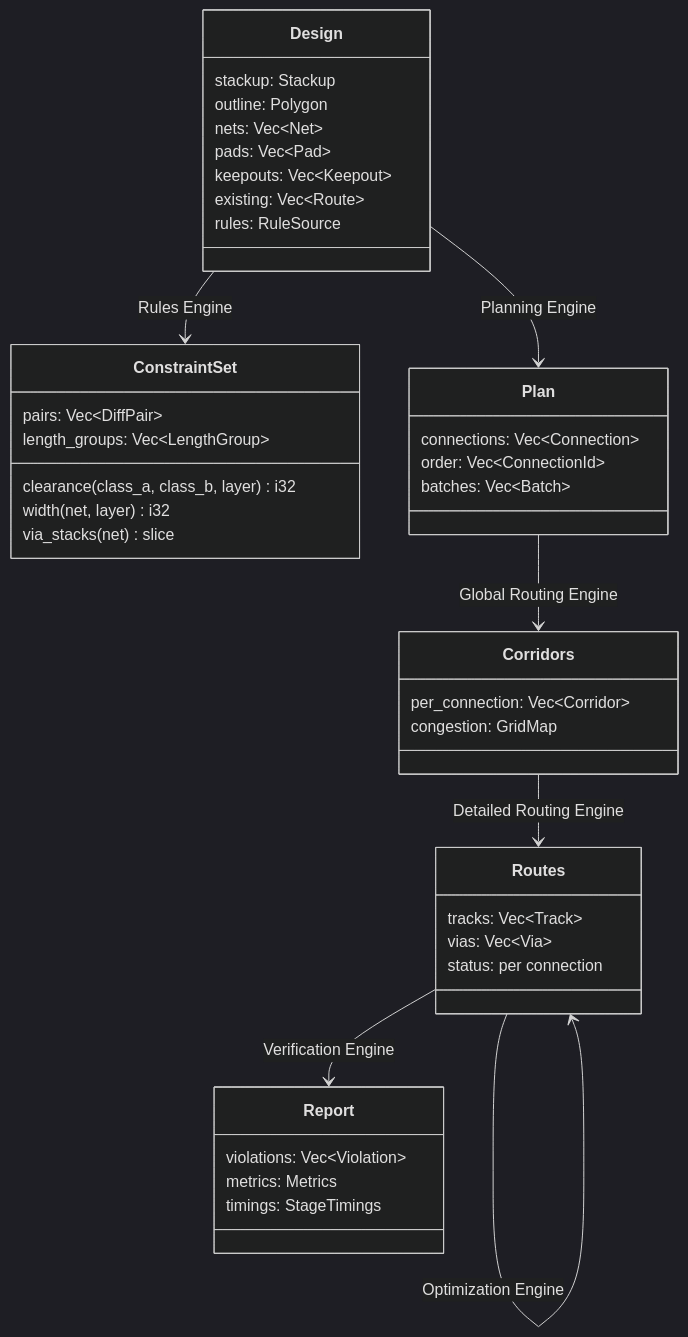
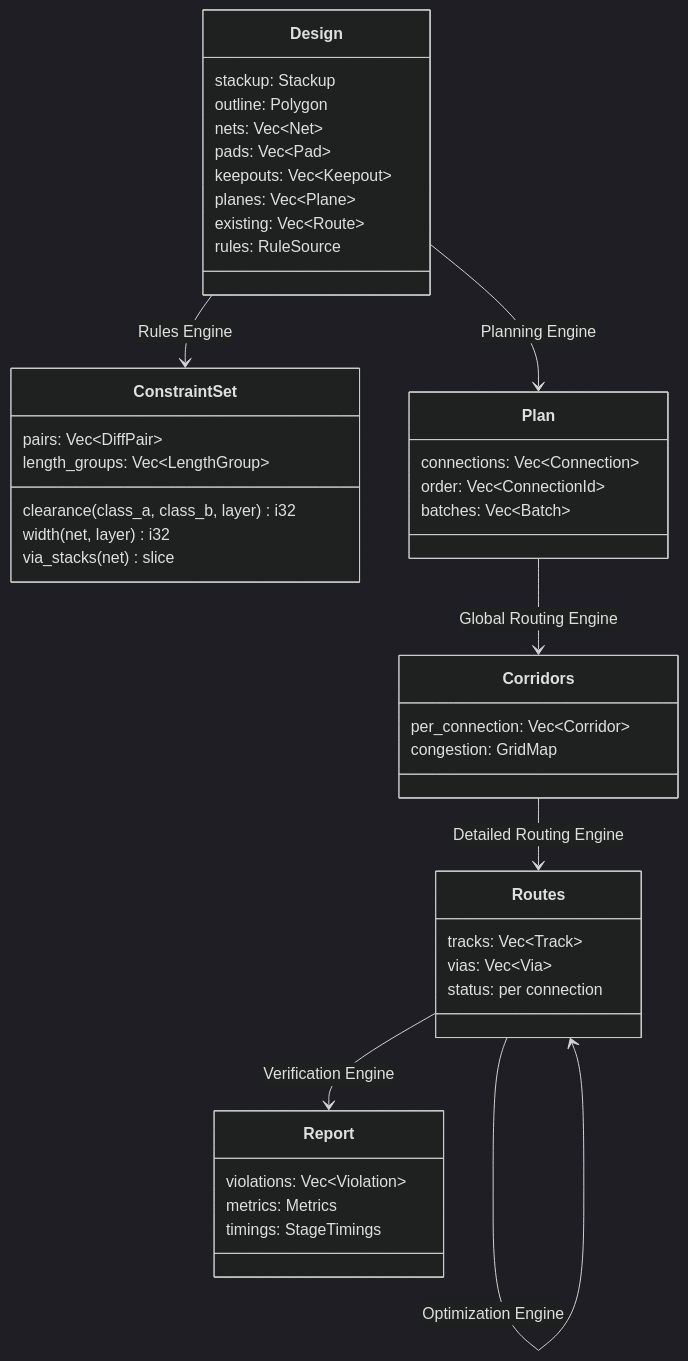
Before and after one commit to h3ll5ur7er/fastrouting: the diagram in docs/Architecture/Contracts.md, drawn with Mermaid (dark theme). The commit also changed 5 other files, not shown here.

````diff
--- a/docs/Architecture/Contracts.md
+++ b/docs/Architecture/Contracts.md
@@ -16,44 +16,45 @@
 ```mermaid
 classDiagram
   class Design {
     stackup: Stackup
     outline: Polygon
     nets: Vec~Net~
     pads: Vec~Pad~
     keepouts: Vec~Keepout~
+    planes: Vec~Plane~
     existing: Vec~Route~
     rules: RuleSource
   }
   class ConstraintSet {
     clearance(class_a, class_b, layer) i32
     width(net, layer) i32
     via_stacks(net) slice
     pairs: Vec~DiffPair~
     length_groups: Vec~LengthGroup~
   }
   class Plan {
     connections: Vec~Connection~
     order: Vec~ConnectionId~
     batches: Vec~Batch~
   }
   class Corridors {
     per_connection: Vec~Corridor~
     congestion: GridMap
   }
   class Routes {
     tracks: Vec~Track~
     vias: Vec~Via~
     status: per connection
   }
   class Report {
     violations: Vec~Violation~
     metrics: Metrics
     timings: StageTimings
   }
   Design --> ConstraintSet : Rules Engine
   Design --> Plan : Planning Engine
   Plan --> Corridors : Global Routing Engine
   Corridors --> Routes : Detailed Routing Engine
   Routes --> Routes : Optimization Engine
   Routes --> Report : Verification Engine
 ```
````
